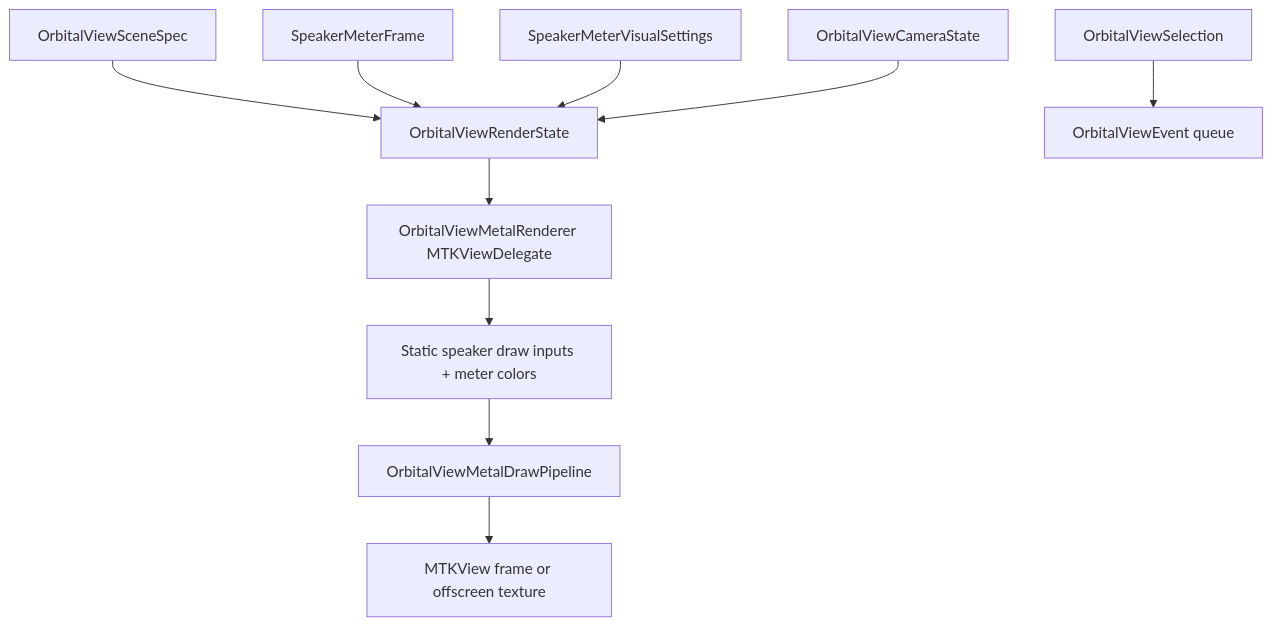
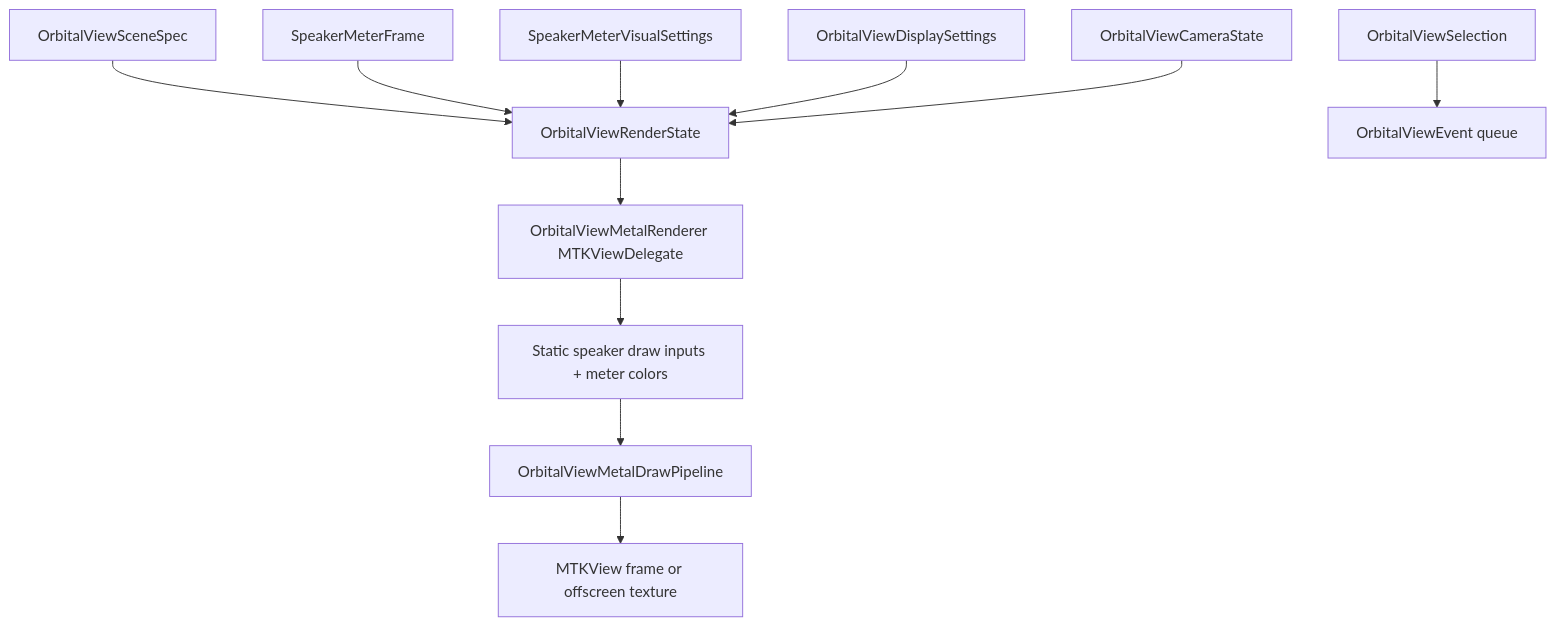
Before and after one commit to jebagu/orbital-view: the fifth of 10 diagrams in docs/system-flows.md, drawn with Mermaid. The commit also changed other lines of this file and 34 other files, not shown here.

````diff
--- a/docs/system-flows.md
+++ b/docs/system-flows.md
@@ -50,12 +52,13 @@
 ```mermaid
 flowchart TD
   Scene["OrbitalViewSceneSpec"] --> State["OrbitalViewRenderState"]
   Meters["SpeakerMeterFrame"] --> State
   MeterSettings["SpeakerMeterVisualSettings"] --> State
+  DisplaySettings["OrbitalViewDisplaySettings"] --> State
   Camera["OrbitalViewCameraState"] --> State
   Selection["OrbitalViewSelection"] --> Events["OrbitalViewEvent queue"]
   State --> Delegate["OrbitalViewMetalRenderer MTKViewDelegate"]
   Delegate --> Inputs["Static speaker draw inputs + meter colors"]
   Inputs --> Pipeline["OrbitalViewMetalDrawPipeline"]
   Pipeline --> Frame["MTKView frame or offscreen texture"]
 ```
````
